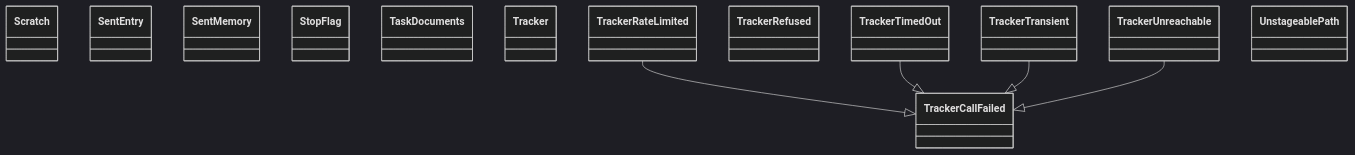
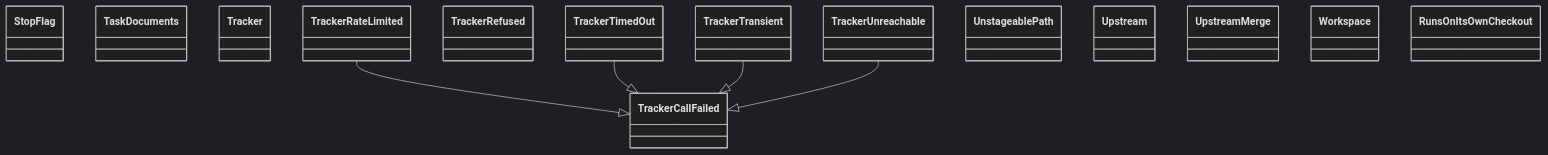
The diagram in docs/architecture/generated/classes-process-application-support-5.md (GonzaloZevallos/agentic-system), drawn with Mermaid (dark theme) before and after one commit. The commit also changed other lines of this file and 6 other files, not shown here.

````diff
--- a/docs/architecture/generated/classes-process-application-support-5.md
+++ b/docs/architecture/generated/classes-process-application-support-5.md
@@ -16,20 +16,21 @@
 ```mermaid
 classDiagram
-    class ports__Scratch["Scratch"]
-    class ports__SentEntry["SentEntry"]
-    class ports__SentMemory["SentMemory"]
     class ports__StopFlag["StopFlag"]
     class ports__TaskDocuments["TaskDocuments"]
     class ports__Tracker["Tracker"]
     class ports__TrackerCallFailed["TrackerCallFailed"]
     class ports__TrackerRateLimited["TrackerRateLimited"]
     class ports__TrackerRefused["TrackerRefused"]
     class ports__TrackerTimedOut["TrackerTimedOut"]
     class ports__TrackerTransient["TrackerTransient"]
     class ports__TrackerUnreachable["TrackerUnreachable"]
     class ports__UnstageablePath["UnstageablePath"]
+    class ports__Upstream["Upstream"]
+    class ports__UpstreamMerge["UpstreamMerge"]
+    class ports__Workspace["Workspace"]
+    class preflight__RunsOnItsOwnCheckout["RunsOnItsOwnCheckout"]
     ports__TrackerRateLimited --|> ports__TrackerCallFailed
     ports__TrackerTimedOut --|> ports__TrackerCallFailed
     ports__TrackerTransient --|> ports__TrackerCallFailed
     ports__TrackerUnreachable --|> ports__TrackerCallFailed
 ```
````
